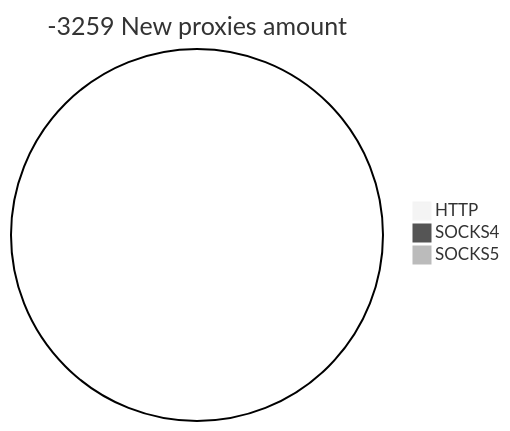
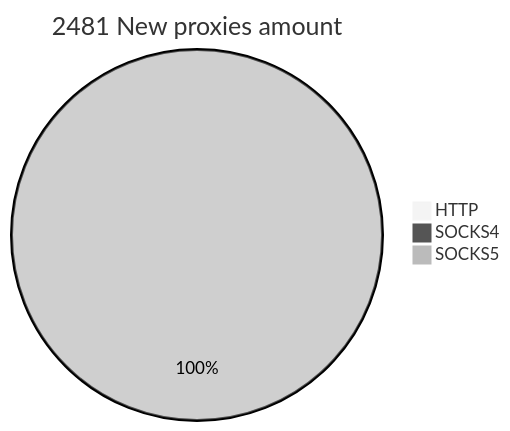
Before and after one commit to cutipu/proxylist: the second of 2 diagrams in README.md, drawn with Mermaid (neutral theme). The commit also changed other lines of this file, not shown here.

````diff
--- a/README.md
+++ b/README.md
@@ -10,6 +10,6 @@
 ```mermaid
-pie title -3259 New proxies amount
+pie title 2481 New proxies amount
     "HTTP" : 0
     "SOCKS4" : 0
-    "SOCKS5" : 0
+    "SOCKS5" : 3174
 ```
````
